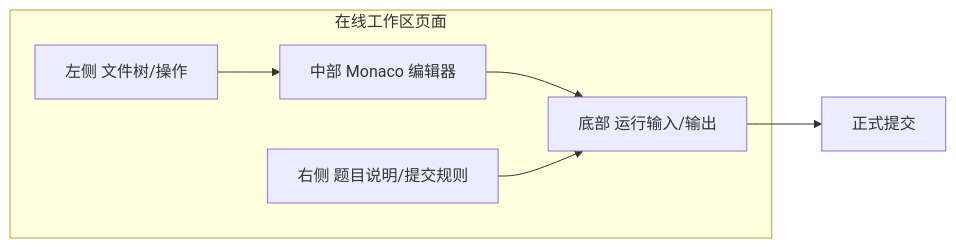
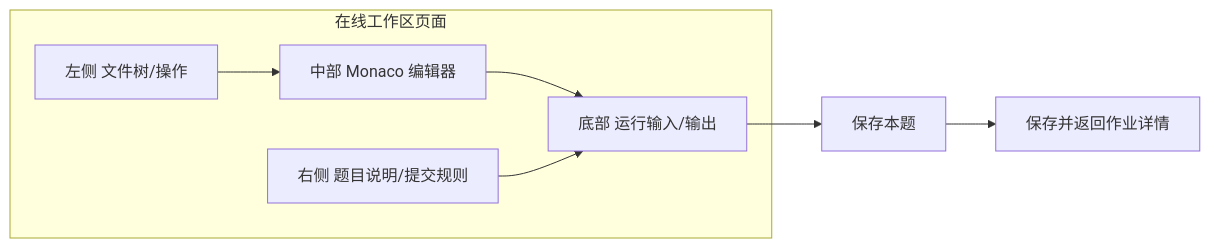
Before and after one commit to BUAA-SEProject/docs: diagram 33 of 36 in 02-process-docs/detailed-design.md, drawn with Mermaid. The commit also changed other lines of this file and 9 other files, not shown here.

````diff
--- a/02-process-docs/detailed-design.md
+++ b/02-process-docs/detailed-design.md
@@ -916,13 +912,14 @@
 ```mermaid
 flowchart LR
   subgraph IDE["在线工作区页面"]
     Tree["左侧 文件树/操作"]
     Editor["中部 Monaco 编辑器"]
     Console["底部 运行输入/输出"]
     Task["右侧 题目说明/提交规则"]
   end
   Tree --> Editor
   Editor --> Console
   Task --> Console
-  Console --> Submit["正式提交"]
+  Console --> Save["保存本题"]
+  Save --> Back["保存并返回作业详情"]
 ```
````
